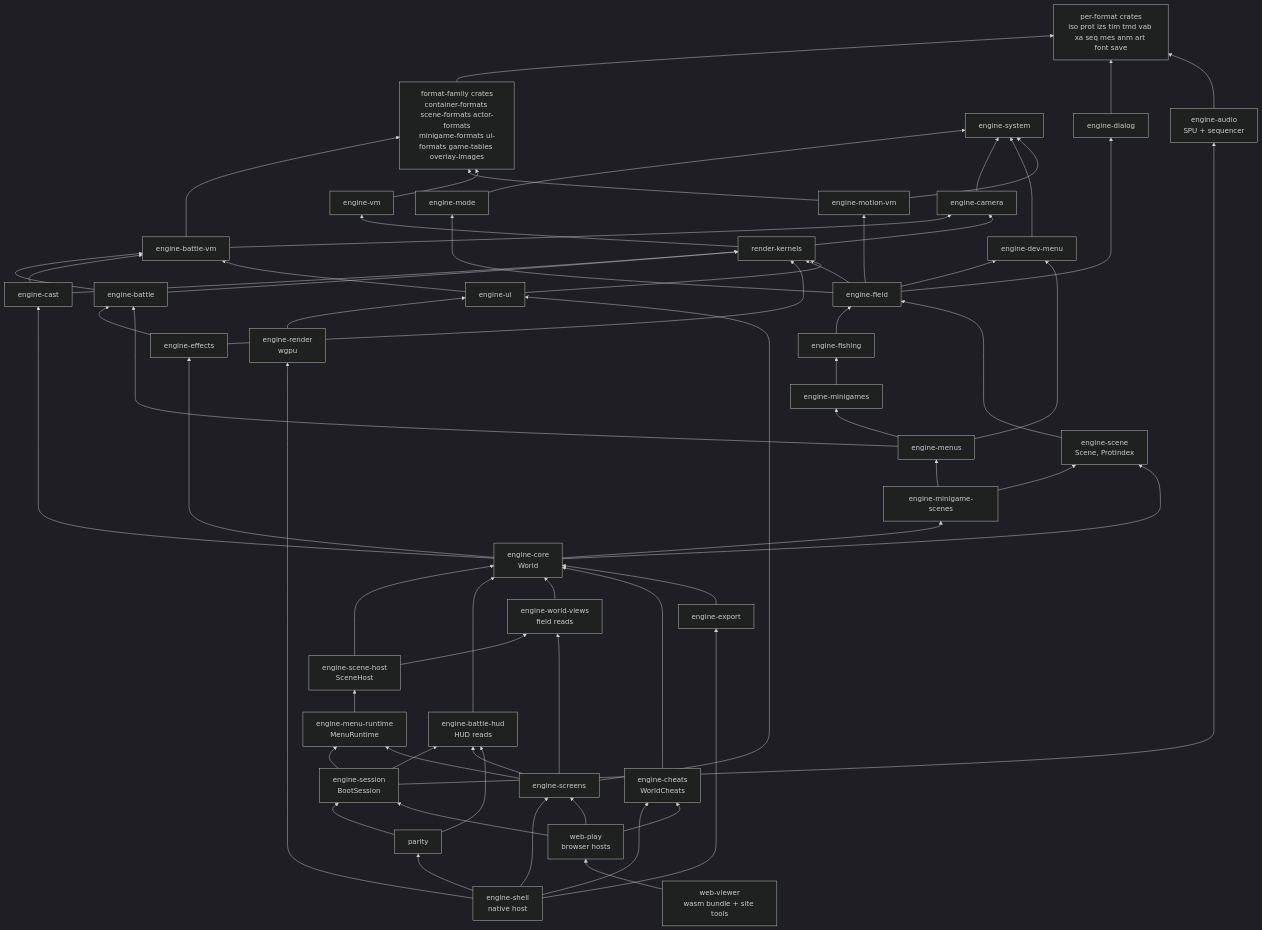
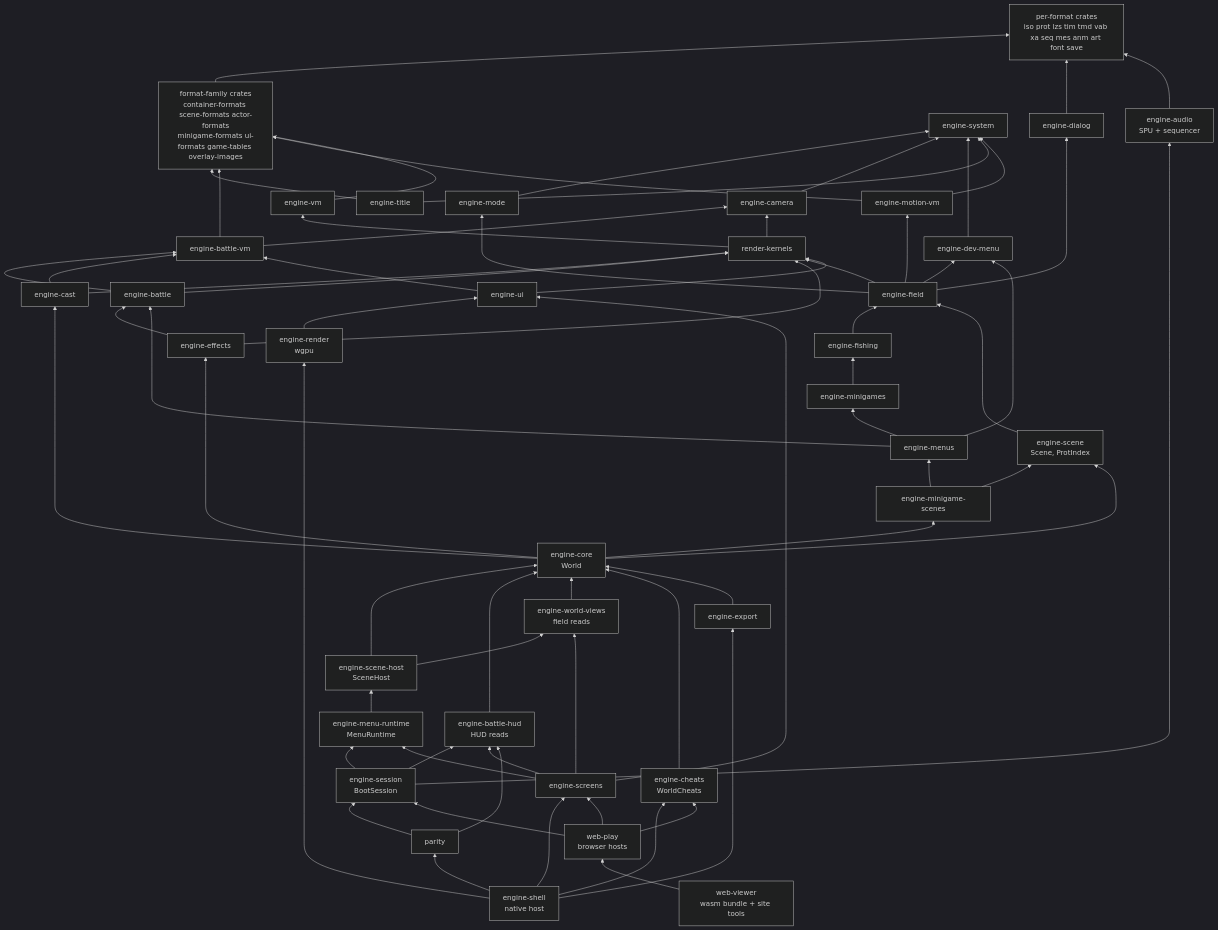
The first of 4 diagrams in docs/subsystems/engine.md (AndrewAltimit/legend-of-legaia-re), drawn with Mermaid (dark theme) before and after one commit. The commit also changed other lines of this file and 76 other files, not shown here.

```diff
--- a/docs/subsystems/engine.md
+++ b/docs/subsystems/engine.md
@@ -60,6 +60,7 @@
     EFISH["engine-fishing"]
     EMG["engine-minigames"]
     EMENU["engine-menus"]
+    ETTL["engine-title"]
     EMGS["engine-minigame-scenes"]
     ESCN["engine-scene<br/>Scene, ProtIndex"]
     CORE["engine-core<br/>World"]
@@ -84,6 +85,8 @@
     EMODE --> ESYS
     ECAM --> ESYS
     EDEV --> ESYS
+    ETTL --> ESYS
+    ETTL --> FAM
     EBV --> ECAM
     EBV --> FAM
     EMV --> ESYS
```
